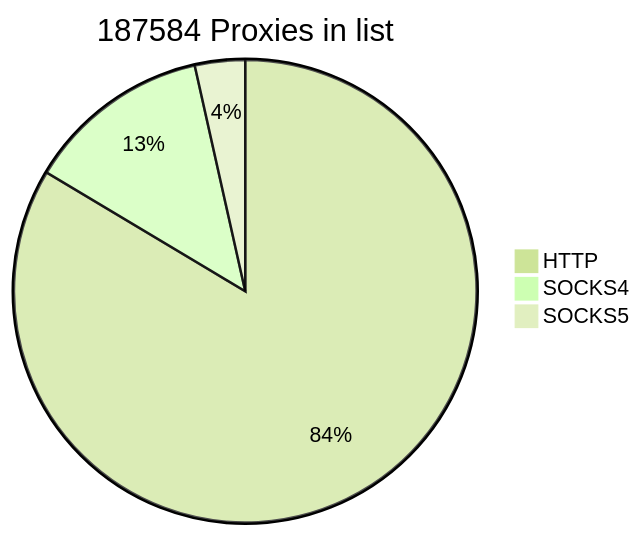
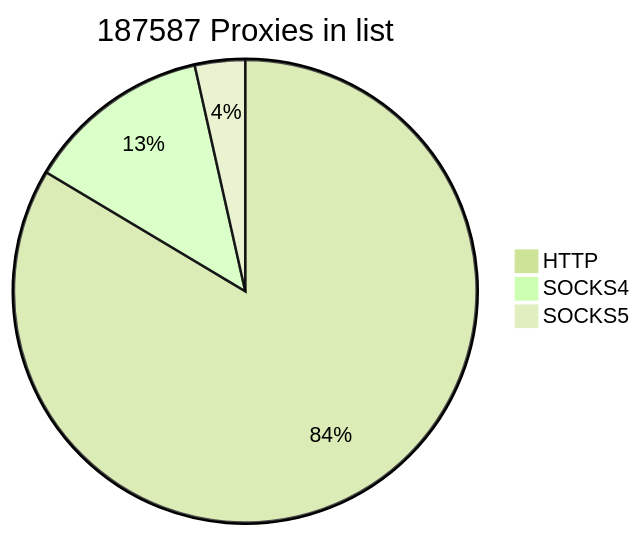
One commit to cutipu/proxylist changed the first of 2 diagrams in README.md. Above: the diagram before and after it, drawn with Mermaid (forest theme). The commit also changed other lines of this file, not shown here.

````diff
--- a/README.md
+++ b/README.md
@@ -2,7 +2,7 @@
 ```mermaid
-pie title 187584 Proxies in list
-    "HTTP" : 156776
-    "SOCKS4" : 24232
-    "SOCKS5" : 6576
+pie title 187587 Proxies in list
+    "HTTP" : 156777
+    "SOCKS4" : 24231
+    "SOCKS5" : 6579
             
 ```
````
